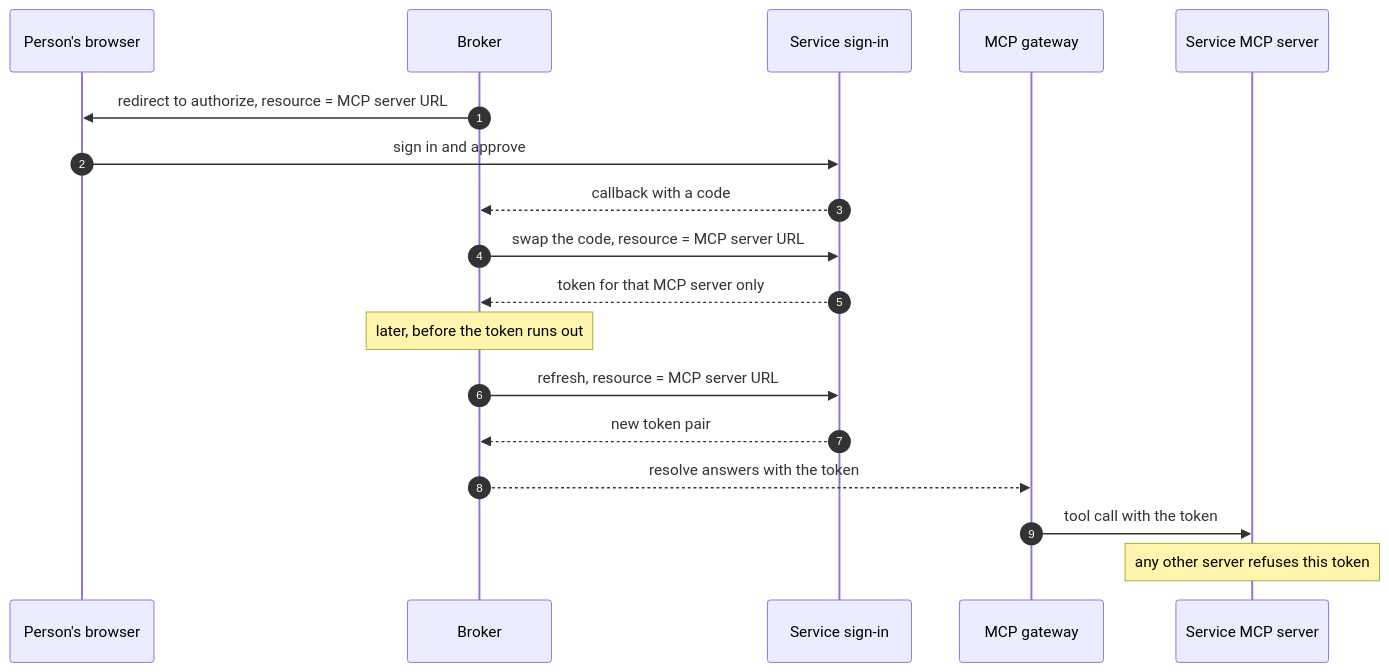
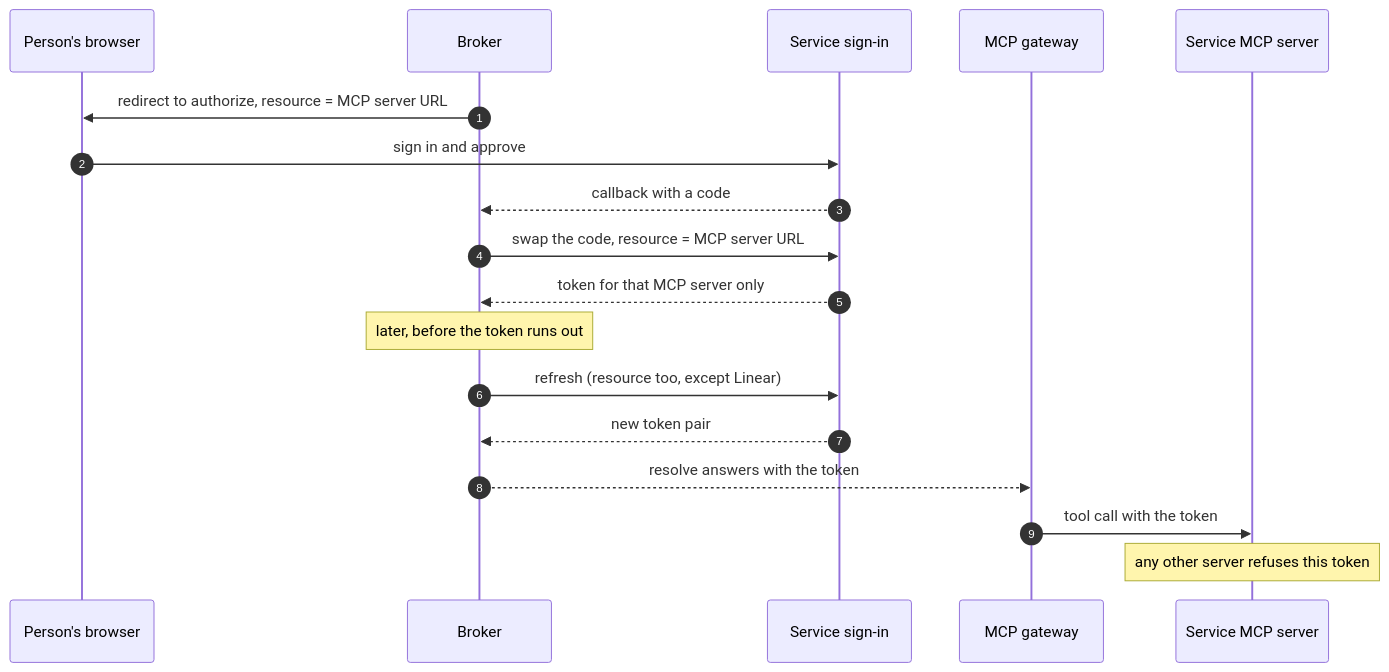
One commit to chief-builder/vendor-token-broker changed the fifth of 5 diagrams in docs/mcp-gateway.md. Above: the diagram before and after it, drawn with Mermaid. The commit also changed other lines of this file and 15 other files, not shown here.

````diff
--- a/docs/mcp-gateway.md
+++ b/docs/mcp-gateway.md
@@ -320,21 +322,21 @@
 ```mermaid
 sequenceDiagram
     autonumber
     participant P as Person's browser
     participant B as Broker
     participant A as Service sign-in
     participant G as MCP gateway
     participant M as Service MCP server
 
     B->>P: redirect to authorize, resource = MCP server URL
     P->>A: sign in and approve
     A-->>B: callback with a code
     B->>A: swap the code, resource = MCP server URL
     A-->>B: token for that MCP server only
     Note over B: later, before the token runs out
-    B->>A: refresh, resource = MCP server URL
+    B->>A: refresh (resource too, except Linear)
     A-->>B: new token pair
     B-->>G: resolve answers with the token
     G->>M: tool call with the token
     Note over M: any other server refuses this token
 ```
````
